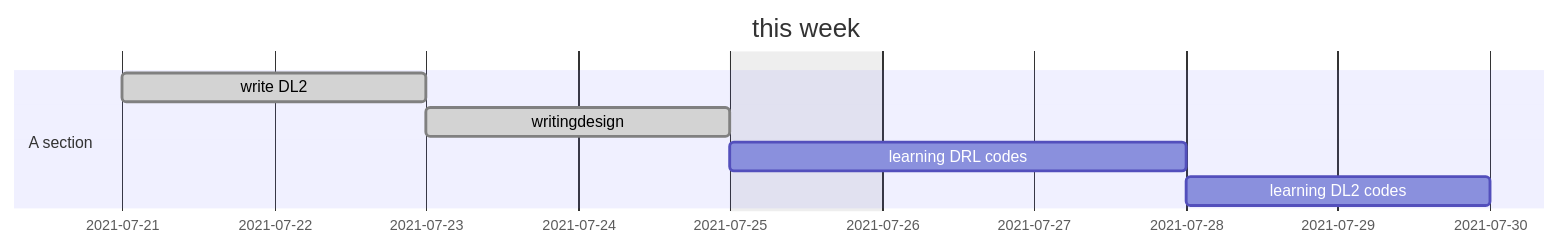
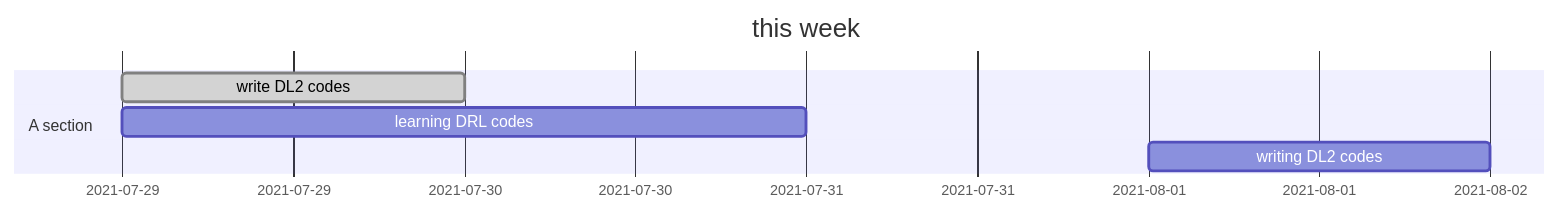
The diagram in week report/week report 29-8.4.md (LukeLIN-web/distrubuted-ML-system), drawn with Mermaid before and after one commit. The commit also changed other lines of this file and 1 other file, not shown here.

Commit message:
writing trace,  job

````diff
--- a/week report/week report 29-8.4.md
+++ b/week report/week report 29-8.4.md
@@ -12,13 +12,12 @@
 ```mermaid
 gantt
 dateFormat  YYYY-MM-DD
 title this week
 excludes weekdays 2021-07-25
 
 section A section
-write DL2        :done,   des1,  2021-07-21,2021-07-23
-writingdesign               :done, des2,  2021-07-23, 2d
-learning DRL codes            :         des3, 2021-07-25, 3d
-learning DL2 codes        :         des4, after des3, 2d
+write DL2 codes        :done,    2021-07-29,1d
+learning DRL codes            :          2021-07-29,2d
+writing DL2 codes        :           2021-08-01,1d
 
 ```
````
